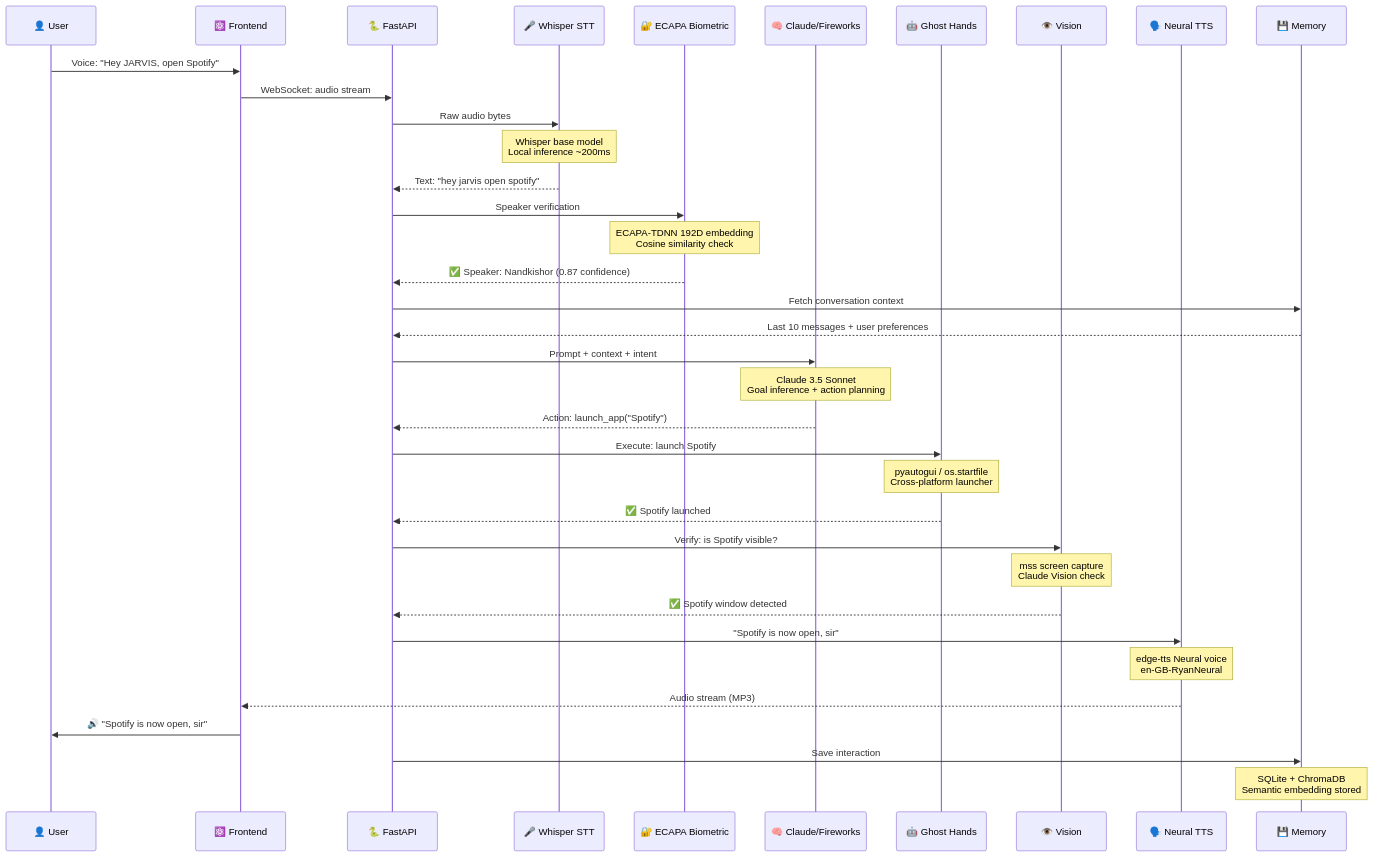
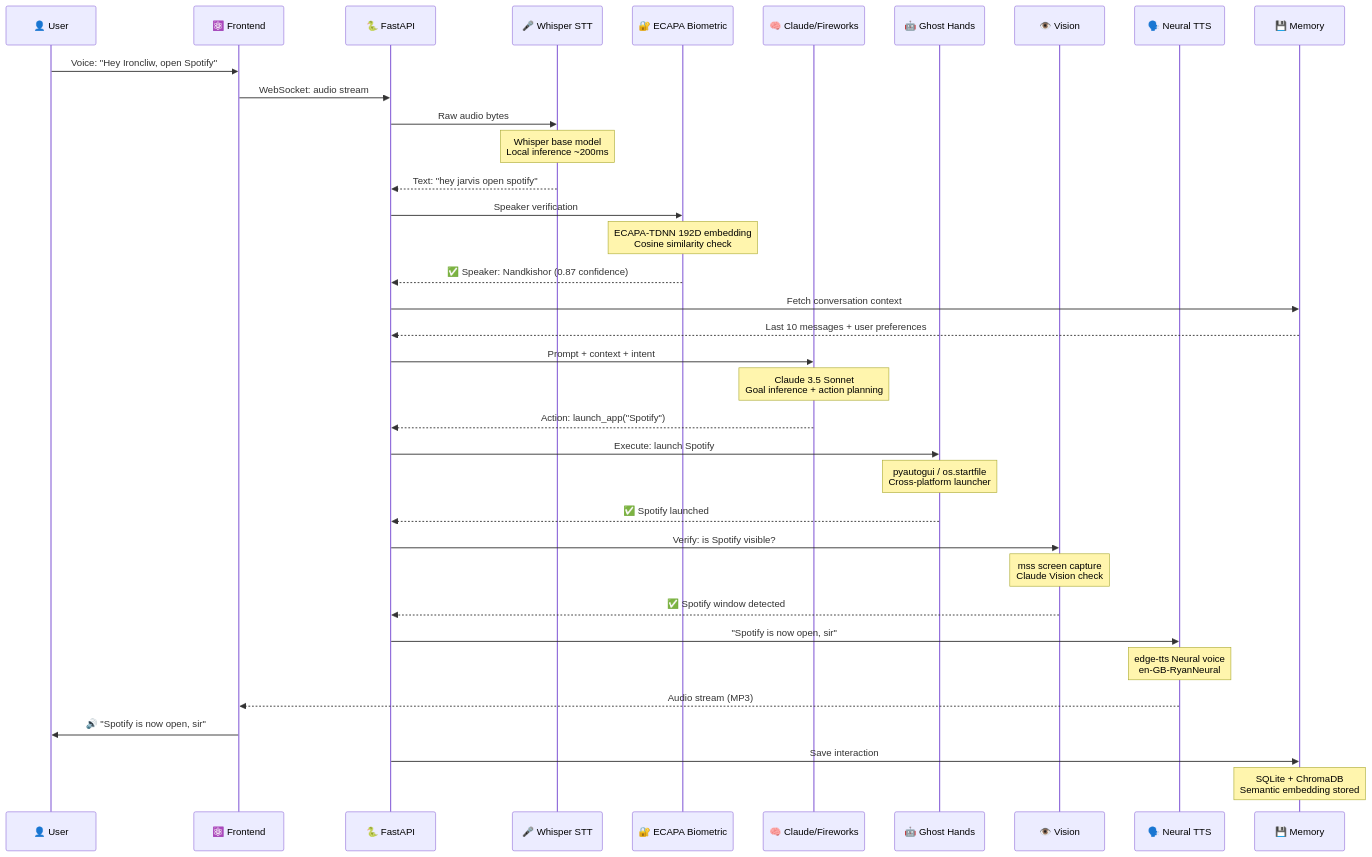
The second of 13 diagrams in README.md (nandkishorrathodk-art/Ironcliw-ai), drawn with Mermaid before and after one commit. The commit also changed other lines of this file and 2439 other files, not shown here.

````diff
--- a/README.md
+++ b/README.md
@@ -204,47 +206,47 @@
 ```mermaid
 sequenceDiagram
     participant U as 👤 User
     participant F as ⚛️ Frontend
     participant API as 🐍 FastAPI
     participant STT as 🎤 Whisper STT
     participant BIO as 🔐 ECAPA Biometric
     participant LLM as 🧠 Claude/Fireworks
     participant GH as 🤖 Ghost Hands
     participant VIS as 👁️ Vision
     participant TTS as 🗣️ Neural TTS
     participant MEM as 💾 Memory
 
-    U->>F: Voice: "Hey JARVIS, open Spotify"
+    U->>F: Voice: "Hey Ironcliw, open Spotify"
     F->>API: WebSocket: audio stream
     API->>STT: Raw audio bytes
     
     Note over STT: Whisper base model<br/>Local inference ~200ms
     STT-->>API: Text: "hey jarvis open spotify"
 
     API->>BIO: Speaker verification
     Note over BIO: ECAPA-TDNN 192D embedding<br/>Cosine similarity check
     BIO-->>API: ✅ Speaker: Nandkishor (0.87 confidence)
 
     API->>MEM: Fetch conversation context
     MEM-->>API: Last 10 messages + user preferences
 
     API->>LLM: Prompt + context + intent
     Note over LLM: Claude 3.5 Sonnet<br/>Goal inference + action planning
     LLM-->>API: Action: launch_app("Spotify")
 
     API->>GH: Execute: launch Spotify
     Note over GH: pyautogui / os.startfile<br/>Cross-platform launcher
     GH-->>API: ✅ Spotify launched
 
     API->>VIS: Verify: is Spotify visible?
     Note over VIS: mss screen capture<br/>Claude Vision check
     VIS-->>API: ✅ Spotify window detected
 
     API->>TTS: "Spotify is now open, sir"
     Note over TTS: edge-tts Neural voice<br/>en-GB-RyanNeural
     TTS-->>F: Audio stream (MP3)
     F->>U: 🔊 "Spotify is now open, sir"
 
     API->>MEM: Save interaction
     Note over MEM: SQLite + ChromaDB<br/>Semantic embedding stored
 ```
````
